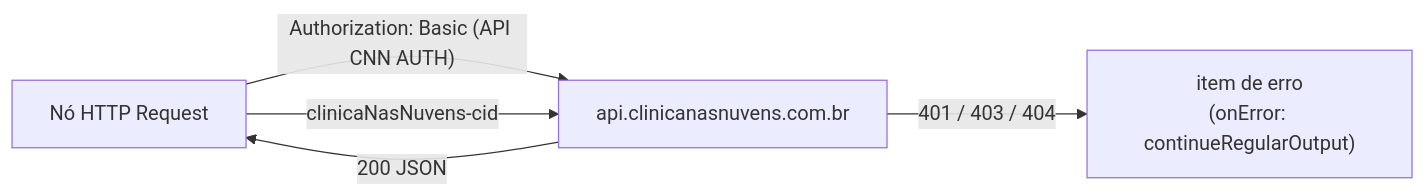
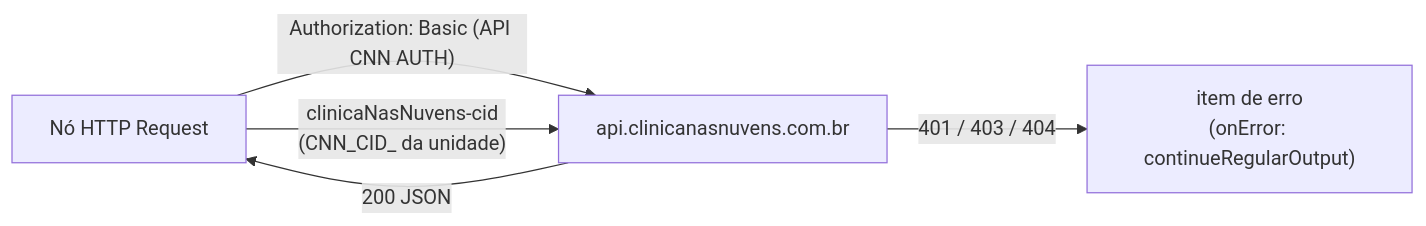
Before and after one commit to clariens/painel-integracao-desbloqueio-CNN-web: the diagram in docs/api-cnn.md, drawn with Mermaid. The commit also changed other lines of this file and 95 other files, not shown here.

````diff
--- a/docs/api-cnn.md
+++ b/docs/api-cnn.md
@@ -25,7 +26,7 @@
 ```mermaid
 flowchart LR
     N["Nó HTTP Request"] -->|"Authorization: Basic (API CNN AUTH)"| A["api.clinicanasnuvens.com.br"]
-    N -->|"clinicaNasNuvens-cid"| A
+    N -->|"clinicaNasNuvens-cid<br/>(CNN_CID_ da unidade)"| A
     A -->|"200 JSON"| N
     A -->|"401 / 403 / 404"| E["item de erro<br/>(onError: continueRegularOutput)"]
 ```
````
